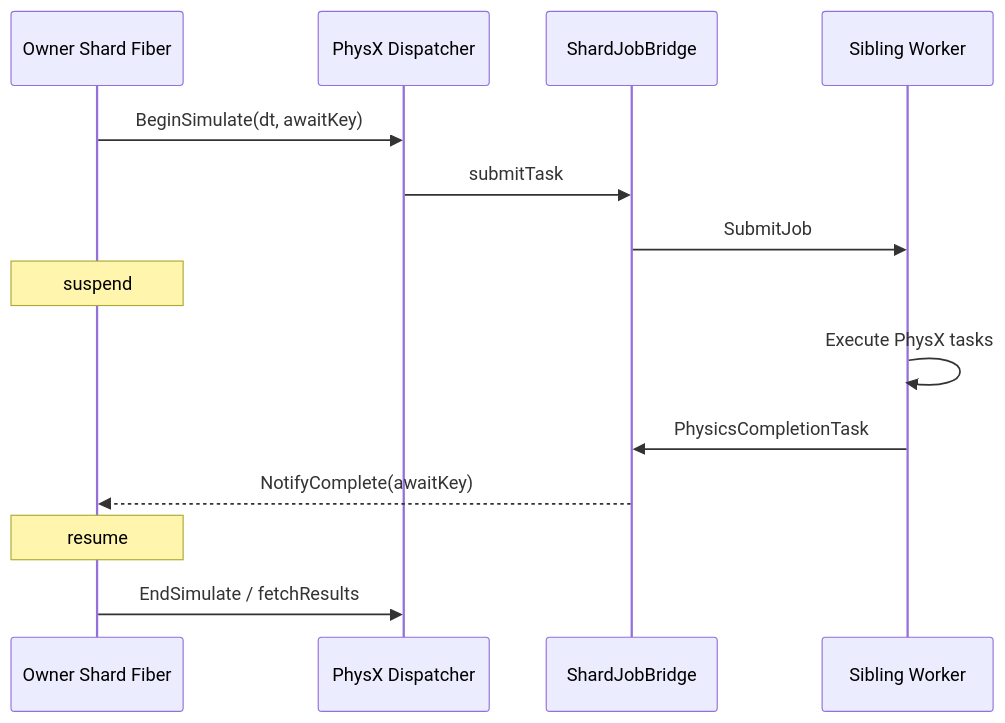
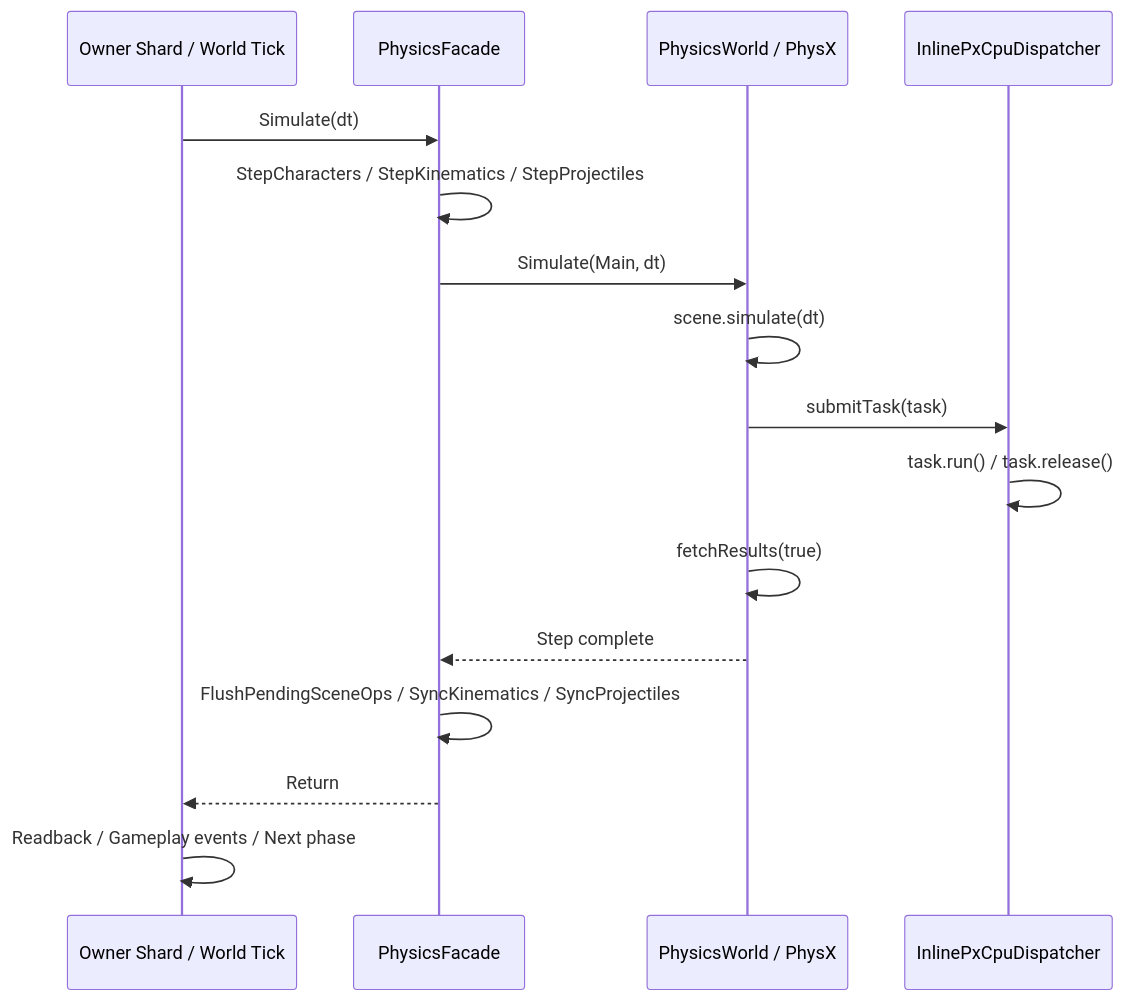
Before and after one commit to akxotjr/akxotjr.github.io: the third of 5 diagrams in content/Projects/Jam/Physics/03. PhysX Integration and Scheduling.md, drawn with Mermaid. The commit also changed other lines of this file and 34 other files, not shown here.

````diff
--- a/content/Projects/Jam/Physics/03. PhysX Integration and Scheduling.md
+++ b/content/Projects/Jam/Physics/03. PhysX Integration and Scheduling.md
@@ -100,17 +88,19 @@
 ```mermaid
 sequenceDiagram
-    participant F as Owner Shard Fiber
-    participant P as PhysX Dispatcher
-    participant B as ShardJobBridge
-    participant W as Sibling Worker
+    participant W as Owner Shard / World Tick
+    participant F as PhysicsFacade
+    participant P as PhysicsWorld / PhysX
+    participant D as InlinePxCpuDispatcher
 
-    F->>P: BeginSimulate(dt, awaitKey)
-    P->>B: submitTask
-    B->>W: SubmitJob
-    Note over F: suspend
-    W->>W: Execute PhysX tasks
-    W->>B: PhysicsCompletionTask
-    B-->>F: NotifyComplete(awaitKey)
-    Note over F: resume
-    F->>P: EndSimulate / fetchResults
+    W->>F: Simulate(dt)
+    F->>F: StepCharacters / StepKinematics / StepProjectiles
+    F->>P: Simulate(Main, dt)
+    P->>P: scene.simulate(dt)
+    P->>D: submitTask(task)
+    D->>D: task.run() / task.release()
+    P->>P: fetchResults(true)
+    P-->>F: Step complete
+    F->>F: FlushPendingSceneOps / SyncKinematics / SyncProjectiles
+    F-->>W: Return
+    W->>W: Readback / Gameplay events / Next phase
 ```
````
